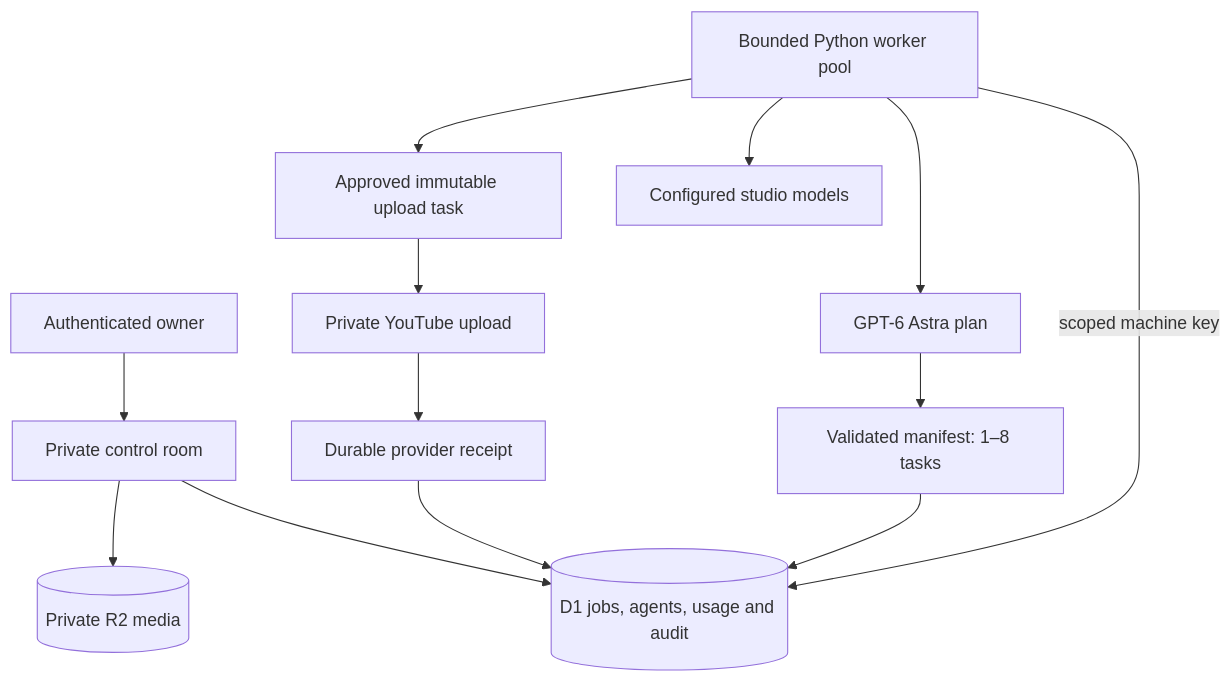
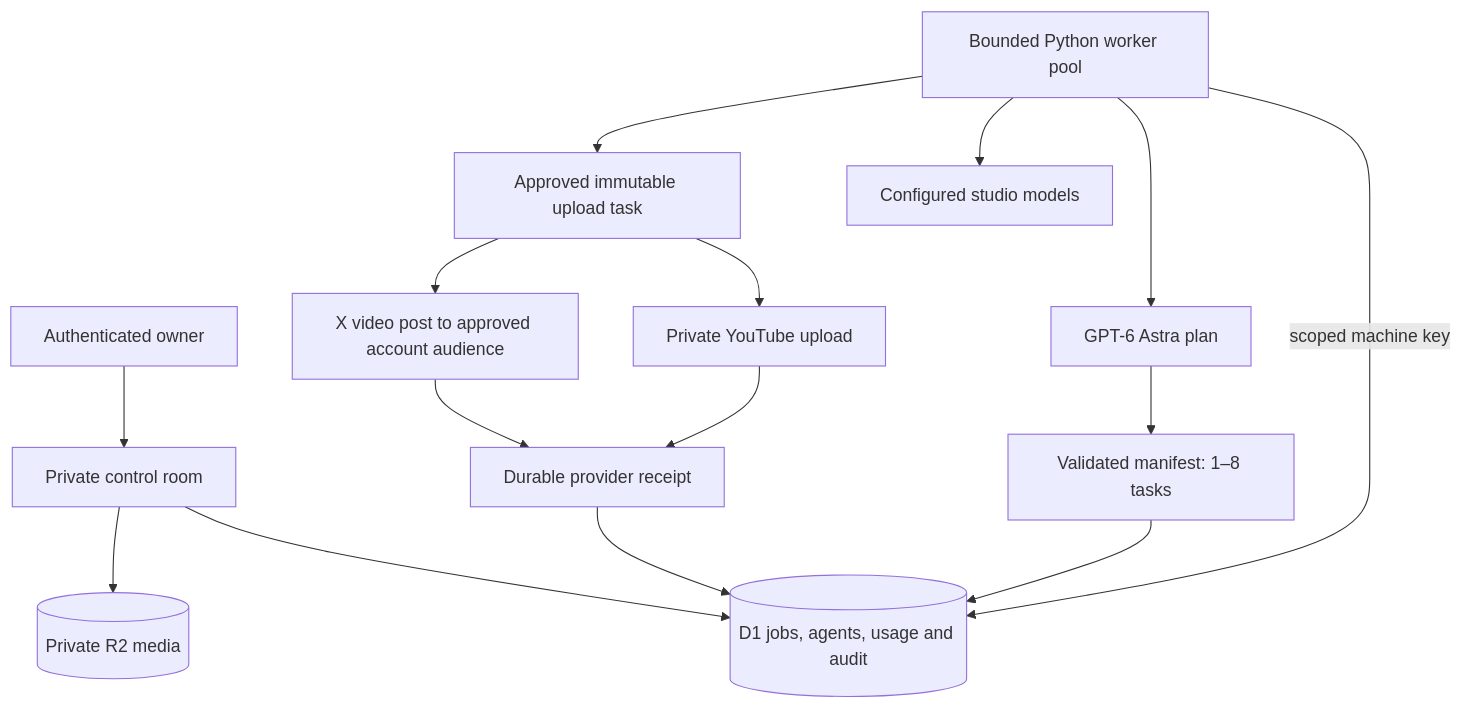
The diagram in docs/ARCHITECTURE.md (louisbrailey/clip.api), drawn with Mermaid before and after one commit. The commit also changed other lines of this file and 22 other files, not shown here.

Commit message:
Add approved X video publishing with durable OAuth and receipt recovery

````diff
--- a/docs/ARCHITECTURE.md
+++ b/docs/ARCHITECTURE.md
@@ -5,15 +5,17 @@
 ```mermaid
 flowchart TD
   Owner[Authenticated owner] --> Portal[Private control room]
   Portal --> Queue[(D1 jobs, agents, usage and audit)]
   Portal --> Media[(Private R2 media)]
   Worker[Bounded Python worker pool] -->|scoped machine key| Queue
   Worker --> Astra[GPT-6 Astra plan]
   Astra --> Manifest[Validated manifest: 1–8 tasks]
   Manifest --> Queue
   Worker --> Specialists[Configured studio models]
   Worker --> Review[Approved immutable upload task]
   Review --> YouTube[Private YouTube upload]
-  YouTube --> Receipt[Durable provider receipt]
+  Review --> X[X video post to approved account audience]
+  X --> Receipt[Durable provider receipt]
+  YouTube --> Receipt
   Receipt --> Queue
 ```
````
